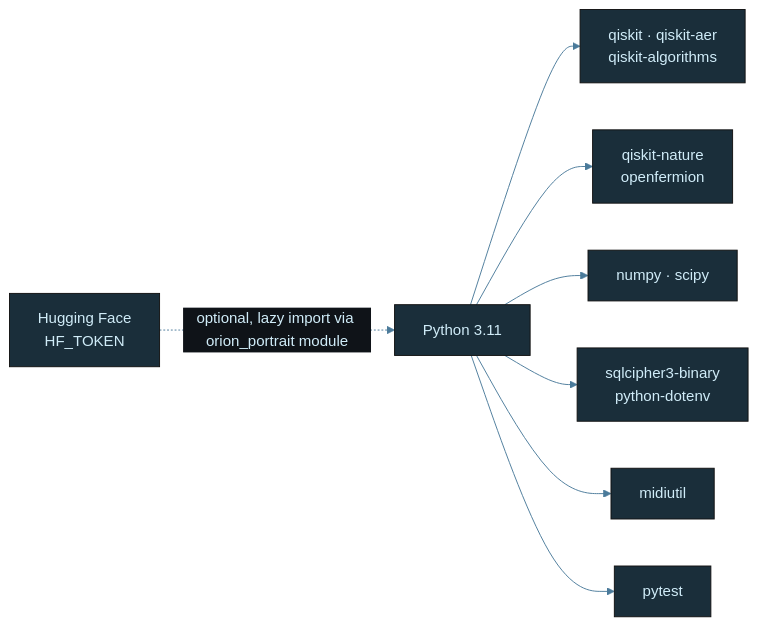
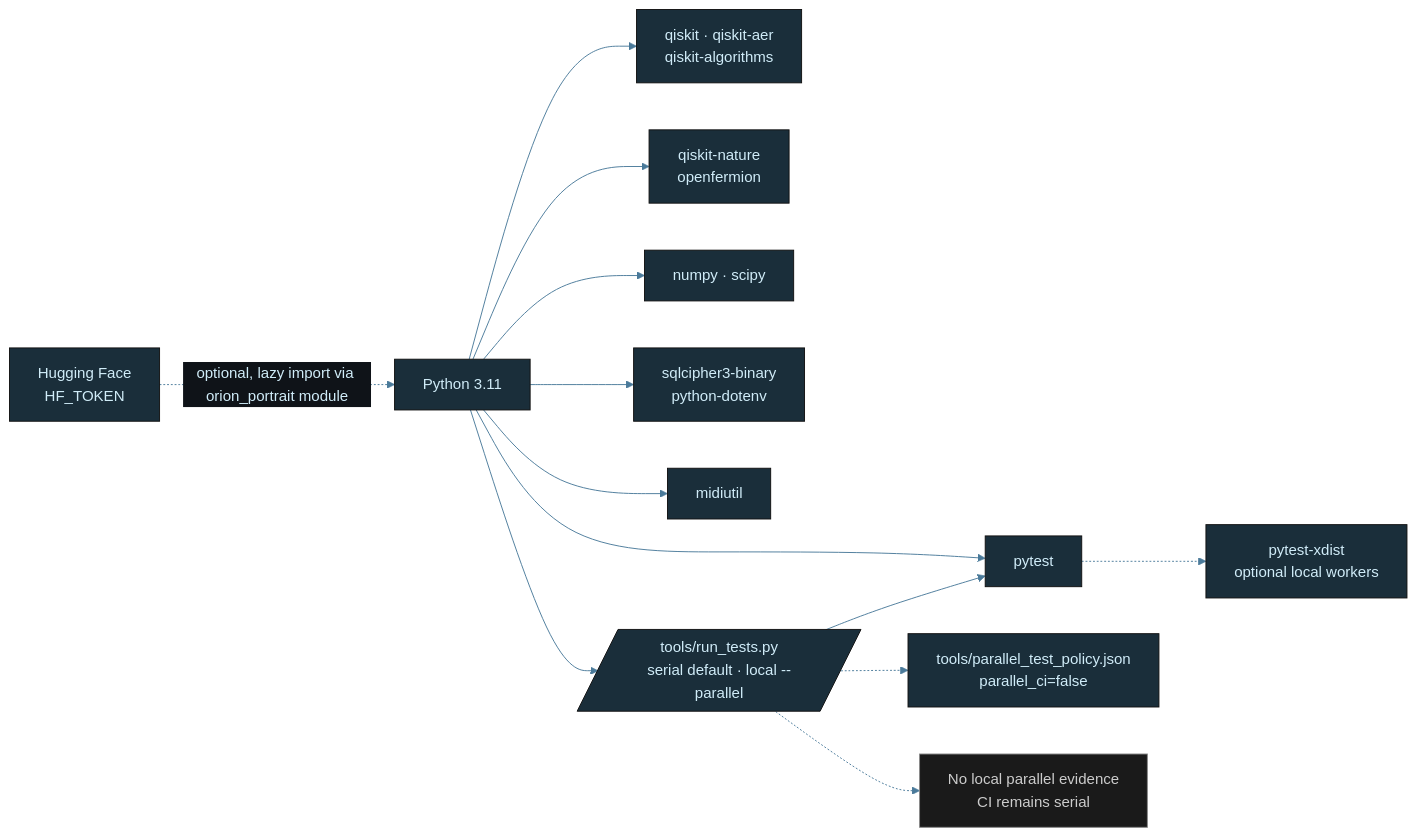
The diagram in diagrams/quantum-tech-stack.mmd (tylerdrakemusic/-Workspace), drawn with Mermaid before and after one commit. The commit also changed 14 other files, not shown here.

Commit message:
⊕ workspace: package parallel test execution

```diff
--- a/diagrams/quantum-tech-stack.mmd
+++ b/diagrams/quantum-tech-stack.mmd
@@ -1,21 +1,27 @@
 %%{init: {'theme': 'base', 'themeVariables': {'primaryColor': '#1a2e3a', 'primaryTextColor': '#d0ecf8', 'edgeLabelBackground': '#0f1318', 'lineColor': '#4a7a9a'}}}%%
 graph LR
     Python[Python 3.11] --> Qiskit[qiskit · qiskit-aer<br/>qiskit-algorithms]
     Python --> Chem[qiskit-nature<br/>openfermion]
     Python --> Numpy[numpy · scipy]
     Python --> SQLCipher[sqlcipher3-binary<br/>python-dotenv]
     Python --> Midi[midiutil]
     Python --> Pytest[pytest]
+    Python --> TestRunner[/tools/run_tests.py<br/>serial default · local --parallel/]
+    TestRunner --> Pytest
+    TestRunner -.-> TestPolicy[tools/parallel_test_policy.json<br/>parallel_ci=false]
+    Pytest -.-> Xdist[pytest-xdist<br/>optional local workers]
+    TestRunner -.-> ParallelEvidence[No local parallel evidence<br/>CI remains serial]
     HF[Hugging Face<br/>HF_TOKEN] -.optional, lazy import via orion_portrait module.-> Python
     class Python lang
-    class Qiskit,Chem,Numpy,SQLCipher,Pytest,Midi,HF lib
+    class Qiskit,Chem,Numpy,SQLCipher,Pytest,TestRunner,TestPolicy,Xdist,Midi,HF lib
+    class ParallelEvidence state
 
 classDef life     fill:#1a2e3a,stroke:#6ab4d4,color:#d0ecf8
 classDef music    fill:#3a1a24,stroke:#d47a8f,color:#f8d0dc
 classDef quantum  fill:#251a3a,stroke:#a07adf,color:#e8d0f8
 classDef manifest fill:#3a2e1a,stroke:#d4a96a,color:#f8ead0
 classDef ws       fill:#1a3a30,stroke:#6ad4b4,color:#d0f8ee
 classDef tyler    fill:#2a1a3a,stroke:#9e4aff,color:#fff
 classDef ext      fill:#3a2020,stroke:#ff7a7a,color:#ffd0d0
 classDef db       fill:#3a3010,stroke:#d4c050,color:#f8f0c0
 classDef state    fill:#1a1a1a,stroke:#888888,color:#cccccc
```
